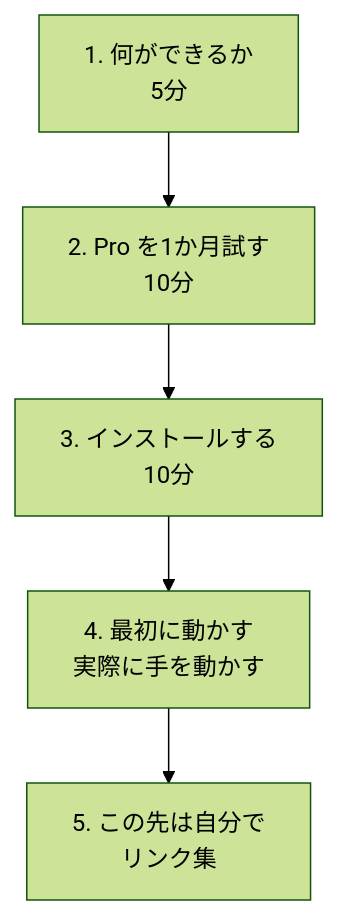
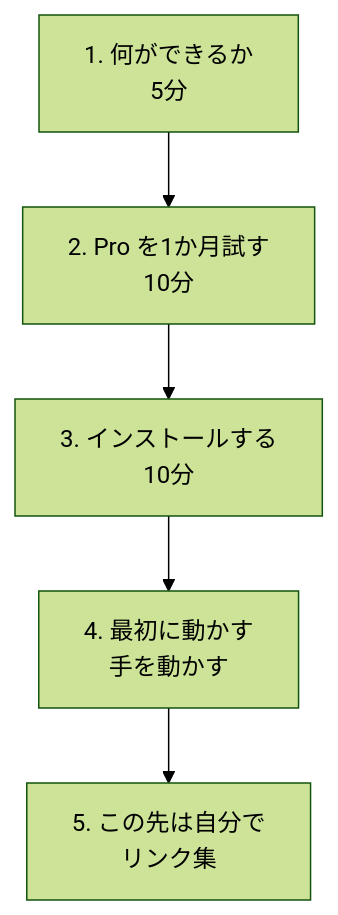
One commit to sun75bear/claudehowto changed the diagram in docs/index.md. Above: the diagram before and after it, drawn with Mermaid (forest theme). The commit also changed other lines of this file and 5 other files, not shown here.

````diff
--- a/docs/index.md
+++ b/docs/index.md
@@ -25,7 +25,7 @@
 ```mermaid
 flowchart TD
     A["1. 何ができるか<br>5分"] --> B["2. Pro を1か月試す<br>10分"]
     B --> C["3. インストールする<br>10分"]
-    C --> D["4. 最初に動かす<br>実際に手を動かす"]
+    C --> D["4. 最初に動かす<br>手を動かす"]
     D --> E["5. この先は自分で<br>リンク集"]
 ```
````
